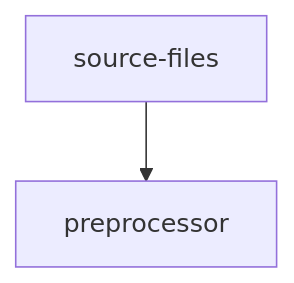
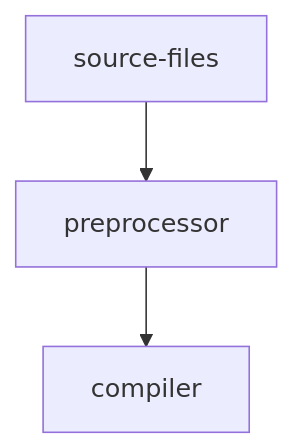
Before and after one commit to DCMMC/Notes: the diagram in 编译原理学习笔记.md, drawn with Mermaid.

Commit message:
修改文件: 编译原理学习笔记.md

````diff
--- a/编译原理学习笔记.md
+++ b/编译原理学习笔记.md
@@ -41,5 +41,4 @@
 ```mermaid!
 graph TD;
-source-files --> preprocessor;
-
+source-files --> preprocessor --> compiler;
 ```
````
